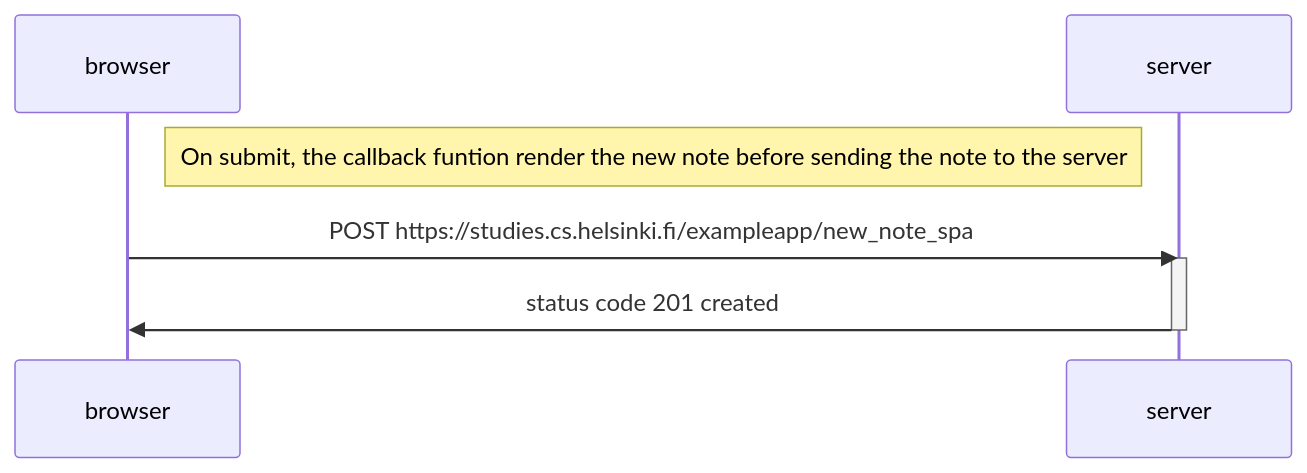
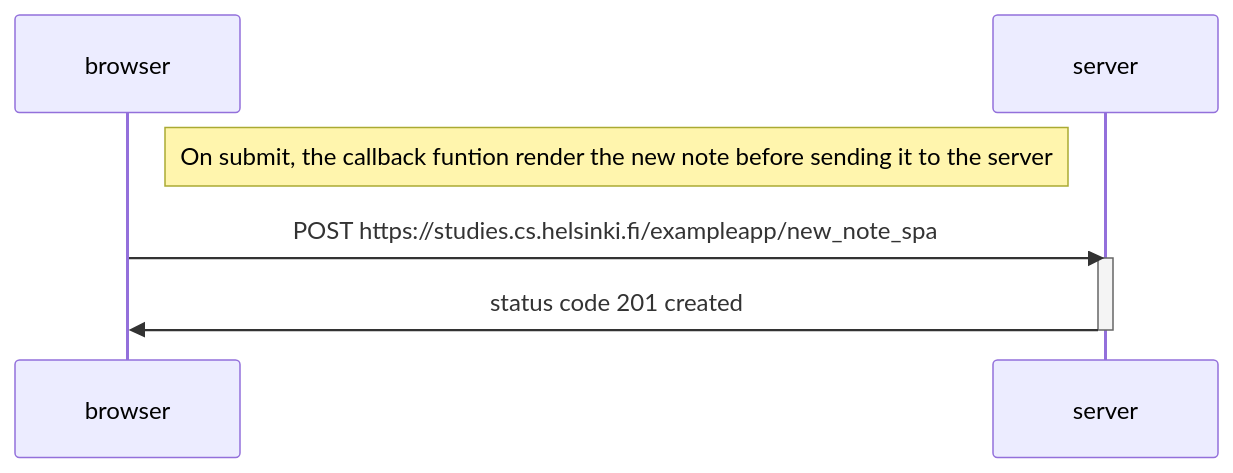
One commit to VoThinhVuong/fullstackopen_works changed the diagram in part0/ex_06.md. Above: the diagram before and after it, drawn with Mermaid.

Commit message:
rewrote ex_06 comment

````diff
--- a/part0/ex_06.md
+++ b/part0/ex_06.md
@@ -2,13 +2,13 @@
 ```mermaid
 sequenceDiagram
     participant browser
     participant server
 
-    Note right of browser: On submit, the callback funtion render the new note before sending the note to the server
+    Note right of browser: On submit, the callback funtion render the new note before sending it to the server
 
     browser->>server: POST https://studies.cs.helsinki.fi/exampleapp/new_note_spa
 
     activate server
     server->>browser: status code 201 created
     deactivate server
 ```
````
